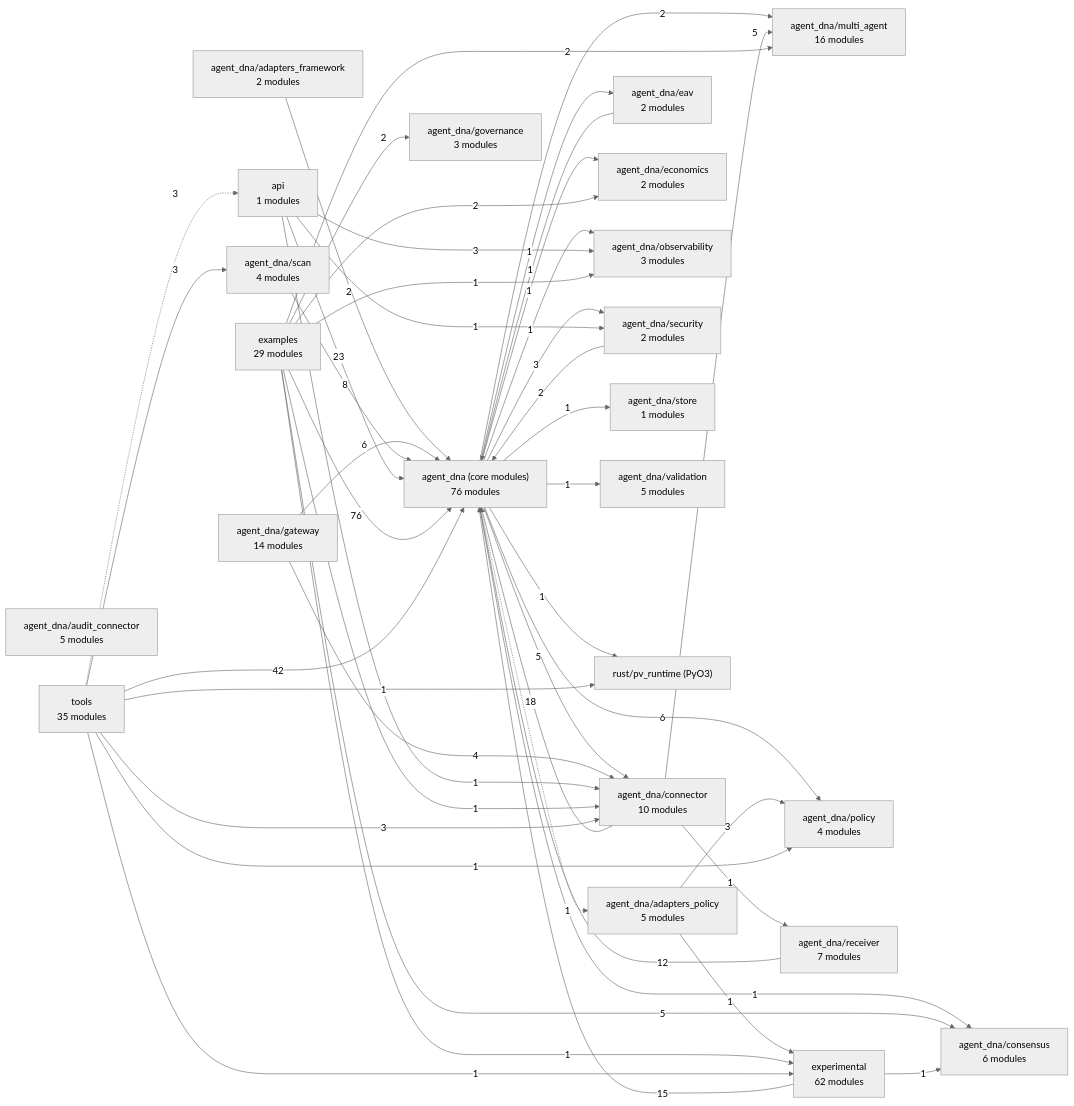
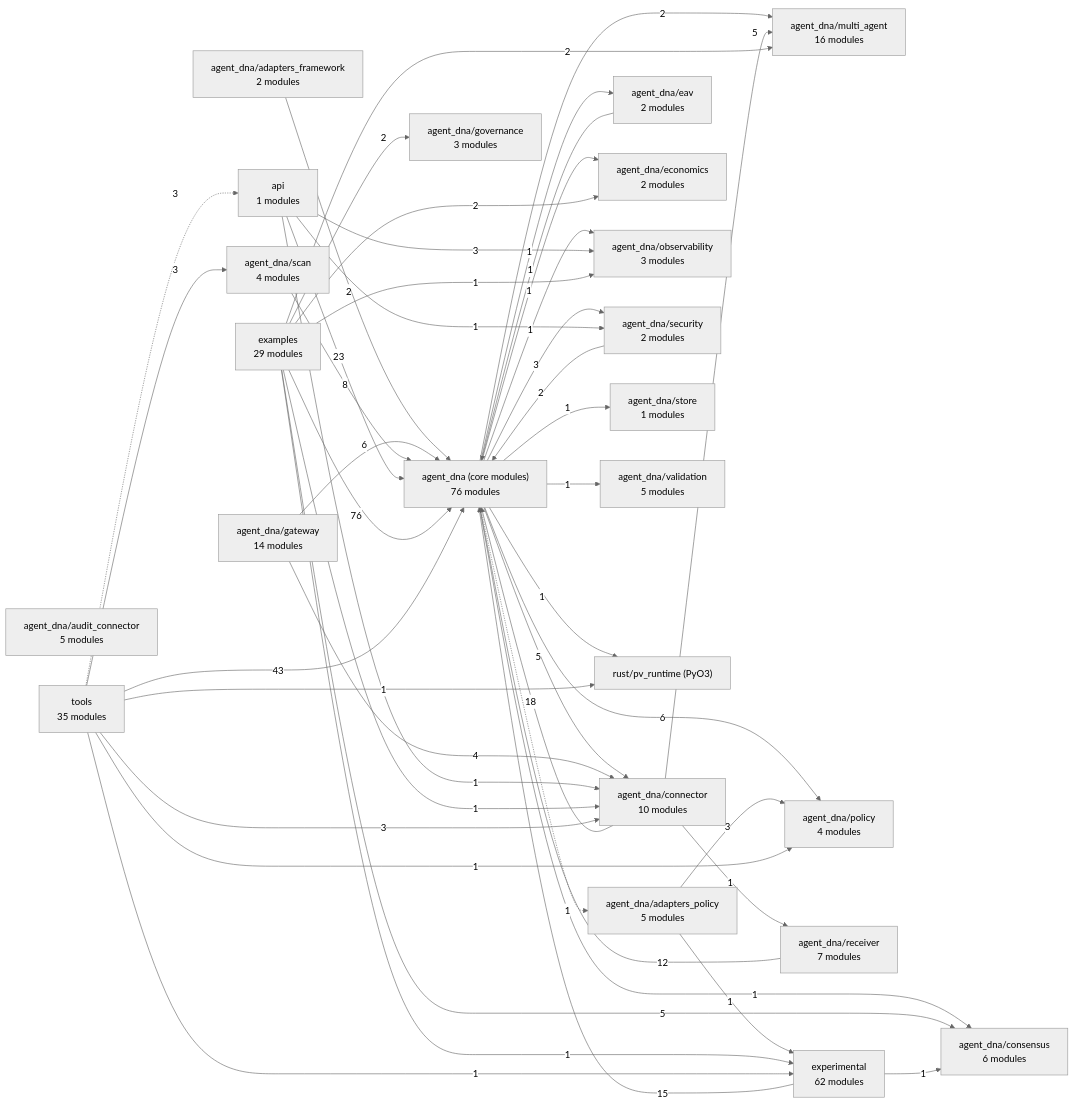
Before and after one commit to LOLA0786/privatevault-agent-dna: the diagram in docs/architecture/MAP.md, drawn with Mermaid (neutral theme). The commit also changed 29 other files, not shown here.

````diff
--- a/docs/architecture/MAP.md
+++ b/docs/architecture/MAP.md
@@ -7,71 +7,71 @@
 ```mermaid
 flowchart LR
   n0["agent_dna (core modules)<br/>76 modules"]
   n1["agent_dna/adapters_framework<br/>2 modules"]
   n2["agent_dna/adapters_policy<br/>5 modules"]
   n3["agent_dna/audit_connector<br/>5 modules"]
   n4["agent_dna/connector<br/>10 modules"]
   n5["agent_dna/consensus<br/>6 modules"]
   n6["agent_dna/eav<br/>2 modules"]
   n7["agent_dna/economics<br/>2 modules"]
   n8["agent_dna/gateway<br/>14 modules"]
   n9["agent_dna/governance<br/>3 modules"]
   n10["agent_dna/multi_agent<br/>16 modules"]
   n11["agent_dna/observability<br/>3 modules"]
   n12["agent_dna/policy<br/>4 modules"]
   n13["agent_dna/receiver<br/>7 modules"]
   n14["agent_dna/scan<br/>4 modules"]
   n15["agent_dna/security<br/>2 modules"]
   n16["agent_dna/store<br/>1 modules"]
   n17["agent_dna/validation<br/>5 modules"]
   n18["api<br/>1 modules"]
   n19["examples<br/>29 modules"]
   n20["experimental<br/>62 modules"]
   n21["rust/pv_runtime (PyO3)"]
   n22["tools<br/>35 modules"]
   n0 -.->|1| n2
   n0 -->|5| n4
   n0 -->|1| n5
   n0 -->|1| n6
   n0 -->|1| n7
   n0 -->|2| n10
   n0 -->|1| n11
   n0 -->|6| n12
   n0 -->|3| n15
   n0 -->|1| n16
   n0 -->|1| n17
   n0 -->|1| n21
   n1 -->|2| n0
   n2 -->|3| n12
   n2 -->|1| n20
   n4 -->|18| n0
   n4 -->|5| n10
   n4 -->|1| n13
   n6 -->|1| n0
   n8 -->|6| n0
   n8 -->|4| n4
   n13 -->|12| n0
   n14 -->|8| n0
   n15 -->|2| n0
   n18 -->|23| n0
   n18 -->|1| n4
   n18 -->|3| n11
   n18 -->|1| n15
   n19 -->|76| n0
   n19 -->|1| n4
   n19 -->|5| n5
   n19 -->|2| n7
   n19 -->|2| n9
   n19 -->|2| n10
   n19 -->|1| n11
   n19 -->|1| n20
   n20 -->|15| n0
   n20 -->|1| n5
-  n22 -->|42| n0
+  n22 -->|43| n0
   n22 -->|3| n4
   n22 -->|1| n12
   n22 -->|3| n14
   n22 -.->|3| n18
   n22 -->|1| n20
   n22 -->|1| n21
 ```
````
